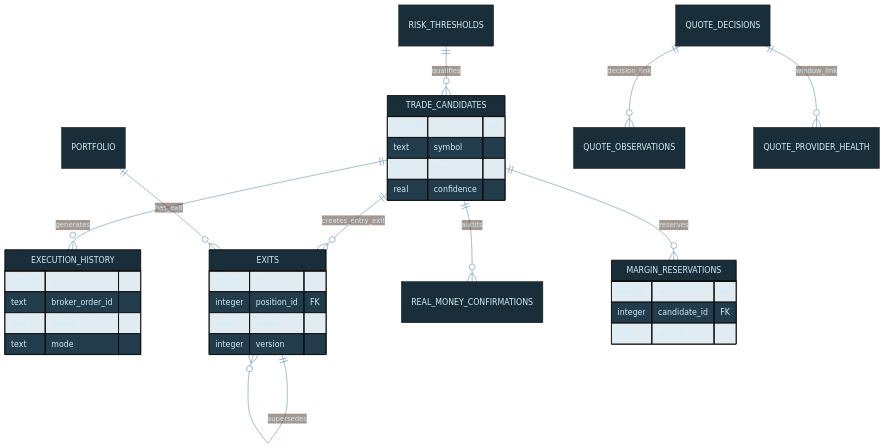
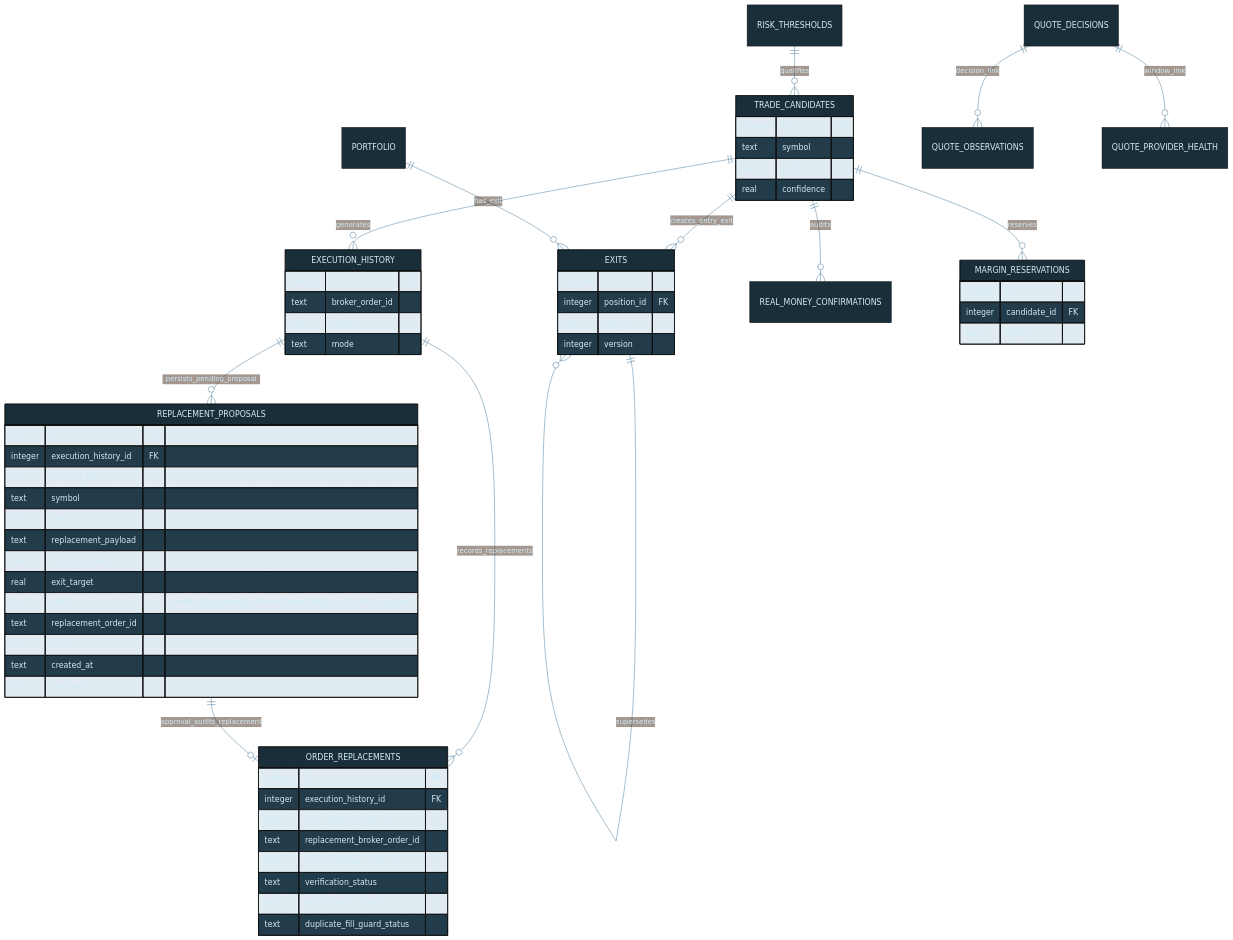
Before and after one commit to tylerdrakemusic/-Workspace: the diagram in diagrams/capital-db-derived-trading.mmd, drawn with Mermaid. The commit also changed 4 other files, not shown here.

Commit message:
docs: sync Capital architecture diagrams

```diff
--- a/diagrams/capital-db-derived-trading.mmd
+++ b/diagrams/capital-db-derived-trading.mmd
@@ -1,17 +1,22 @@
 %%{init: {'theme': 'base', 'themeVariables': {'primaryColor': '#1a2e3a', 'primaryTextColor': '#d0ecf8', 'edgeLabelBackground': '#0f1318', 'lineColor': '#4a7a9a'}}}%%
 %% is_derived_view=true
 %% Traceability.parent: diagrams/capital-db-schema.mmd
 erDiagram
     RISK_THRESHOLDS ||--o{ TRADE_CANDIDATES : qualifies
     TRADE_CANDIDATES ||--o{ EXECUTION_HISTORY : generates
+    EXECUTION_HISTORY ||--o{ REPLACEMENT_PROPOSALS : persists_pending_proposal
+    EXECUTION_HISTORY ||--o{ ORDER_REPLACEMENTS : records_replacements
+    REPLACEMENT_PROPOSALS ||--o| ORDER_REPLACEMENTS : approval_audits_replacement
     TRADE_CANDIDATES ||--o{ EXITS : creates_entry_exit
     PORTFOLIO ||--o{ EXITS : has_exit
     EXITS ||--o{ EXITS : supersedes
     TRADE_CANDIDATES ||--o{ REAL_MONEY_CONFIRMATIONS : audits
     TRADE_CANDIDATES ||--o{ MARGIN_RESERVATIONS : reserves
     QUOTE_DECISIONS ||--o{ QUOTE_OBSERVATIONS : decision_link
     QUOTE_DECISIONS ||--o{ QUOTE_PROVIDER_HEALTH : window_link
     TRADE_CANDIDATES { integer id PK text symbol text mode real confidence }
     EXECUTION_HISTORY { integer id PK text broker_order_id text status text mode }
+    REPLACEMENT_PROPOSALS { text id PK integer execution_history_id FK text account_ref text symbol text side text replacement_payload real stop_loss_target real exit_target text status "pending|approved|confirmed|rejected|reconciliation_required" text replacement_order_id text error text created_at text approved_at }
+    ORDER_REPLACEMENTS { integer id PK integer execution_history_id FK text prior_broker_order_id text replacement_broker_order_id text current_broker_order_id text verification_status text reconciliation_status text duplicate_fill_guard_status }
     EXITS { integer id PK integer position_id FK text status integer version }
     MARGIN_RESERVATIONS { integer id PK integer candidate_id FK text status }
```
